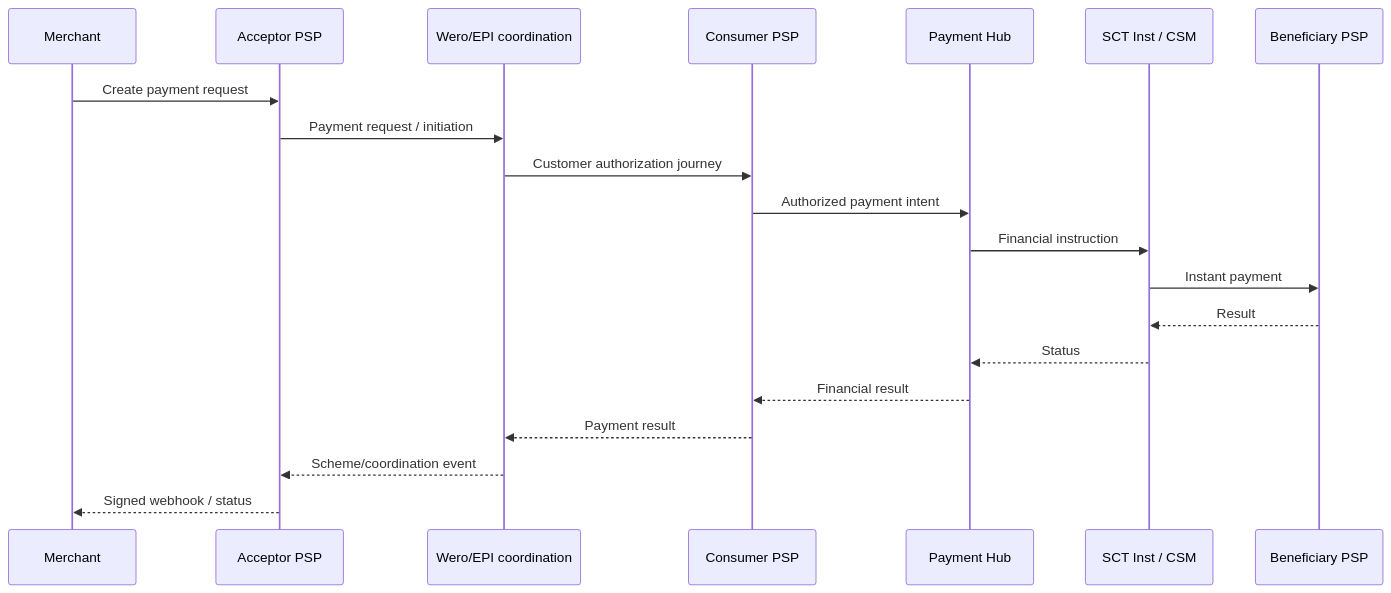
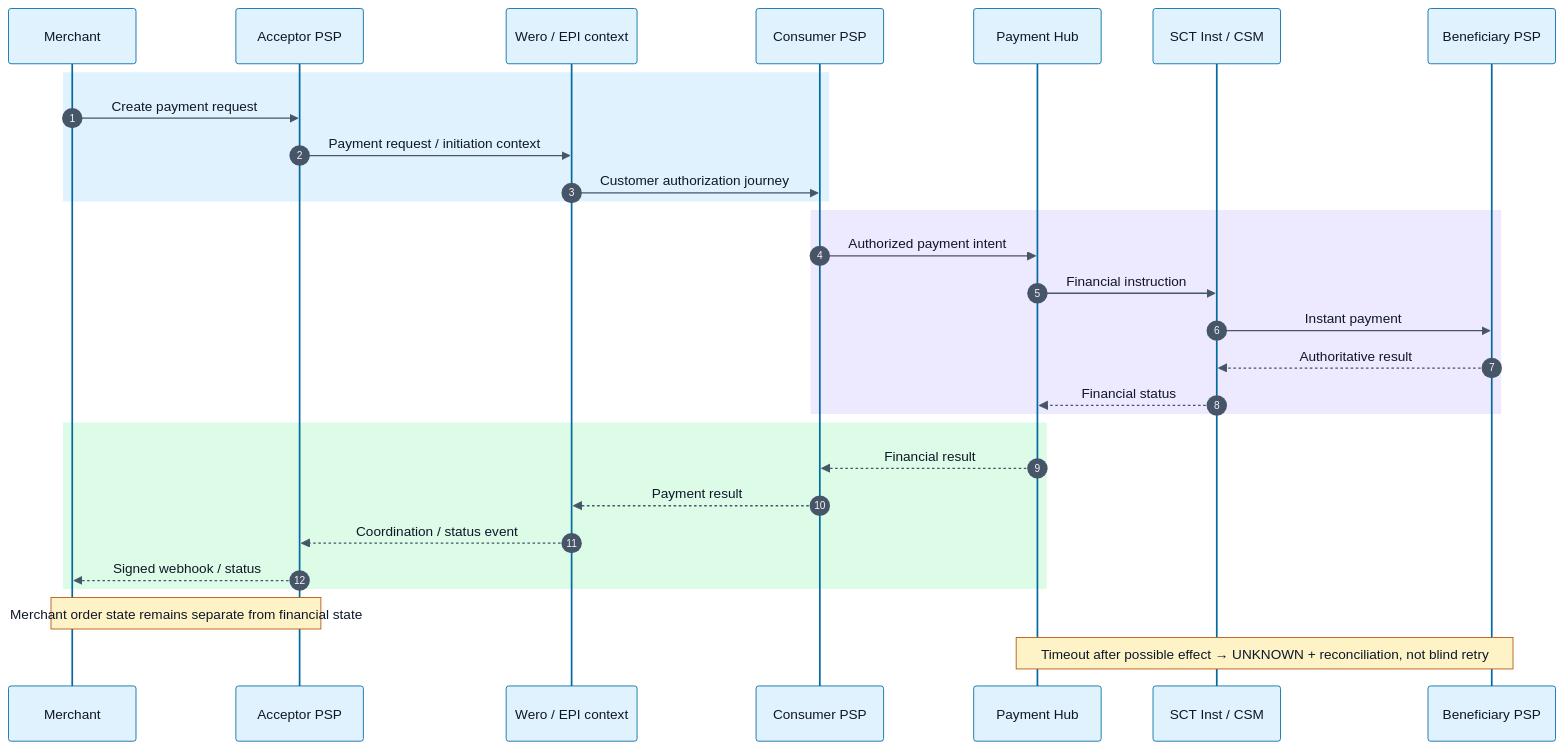
The diagram in diagrams/mermaid/FIG-03-001-c2b-end-to-end.mmd (zdmooc/wero-epi-reference-architecture-handbook), drawn with Mermaid before and after one commit. The commit also changed 8 other files, not shown here.

Commit message:
visual: establish V1 design system and prepare 8 hero figures

```diff
--- a/diagrams/mermaid/FIG-03-001-c2b-end-to-end.mmd
+++ b/diagrams/mermaid/FIG-03-001-c2b-end-to-end.mmd
@@ -1,24 +1,43 @@
 %% title: C2B Wero reference flow
 %% view: sequence
 %% truth_level: REFERENCE_ARCHITECTURE
-%% last_verified: 2026-09-28
+%% last_verified: 2026-09-29
+%% sources: handbook reference architecture; public Wero commerce context
+%% related_chapter: book/03-journeys/01-end-to-end-wero-journeys.md
+%% visual_system: V1
+%% layout: hero-landscape
+
+%%{init: {"theme":"base","themeVariables":{"fontFamily":"Arial, sans-serif","fontSize":"15px","actorBkg":"#E0F2FE","actorBorder":"#0369A1","actorTextColor":"#0F172A","signalColor":"#475569","signalTextColor":"#0F172A","noteBkgColor":"#FEF3C7","noteBorderColor":"#B45309","noteTextColor":"#0F172A"}}}%%
 sequenceDiagram
+    autonumber
     participant M as Merchant
     participant A as Acceptor PSP
-    participant W as Wero/EPI coordination
+    participant W as Wero / EPI context
     participant C as Consumer PSP
     participant H as Payment Hub
     participant R as SCT Inst / CSM
     participant B as Beneficiary PSP
-    M->>A: Create payment request
-    A->>W: Payment request / initiation
-    W->>C: Customer authorization journey
-    C->>H: Authorized payment intent
-    H->>R: Financial instruction
-    R->>B: Instant payment
-    B-->>R: Result
-    R-->>H: Status
-    H-->>C: Financial result
-    C-->>W: Payment result
-    W-->>A: Scheme/coordination event
-    A-->>M: Signed webhook / status
+
+    rect rgb(224,242,254)
+      M->>A: Create payment request
+      A->>W: Payment request / initiation context
+      W->>C: Customer authorization journey
+    end
+
+    rect rgb(237,233,254)
+      C->>H: Authorized payment intent
+      H->>R: Financial instruction
+      R->>B: Instant payment
+      B-->>R: Authoritative result
+      R-->>H: Financial status
+    end
+
+    rect rgb(220,252,231)
+      H-->>C: Financial result
+      C-->>W: Payment result
+      W-->>A: Coordination / status event
+      A-->>M: Signed webhook / status
+    end
+
+    Note over M,A: Merchant order state remains separate from financial state
+    Note over H,B: Timeout after possible effect → UNKNOWN + reconciliation, not blind retry
```
